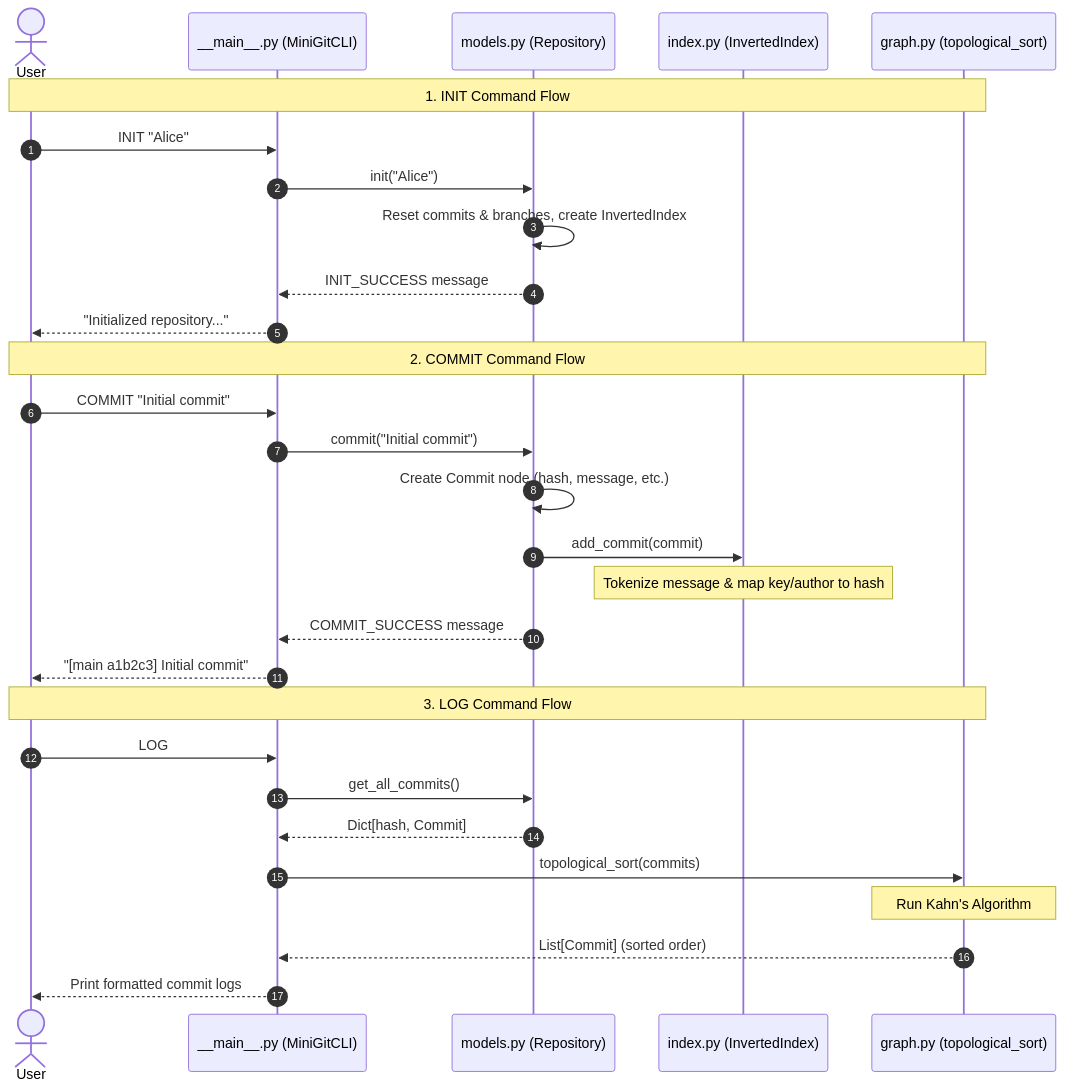
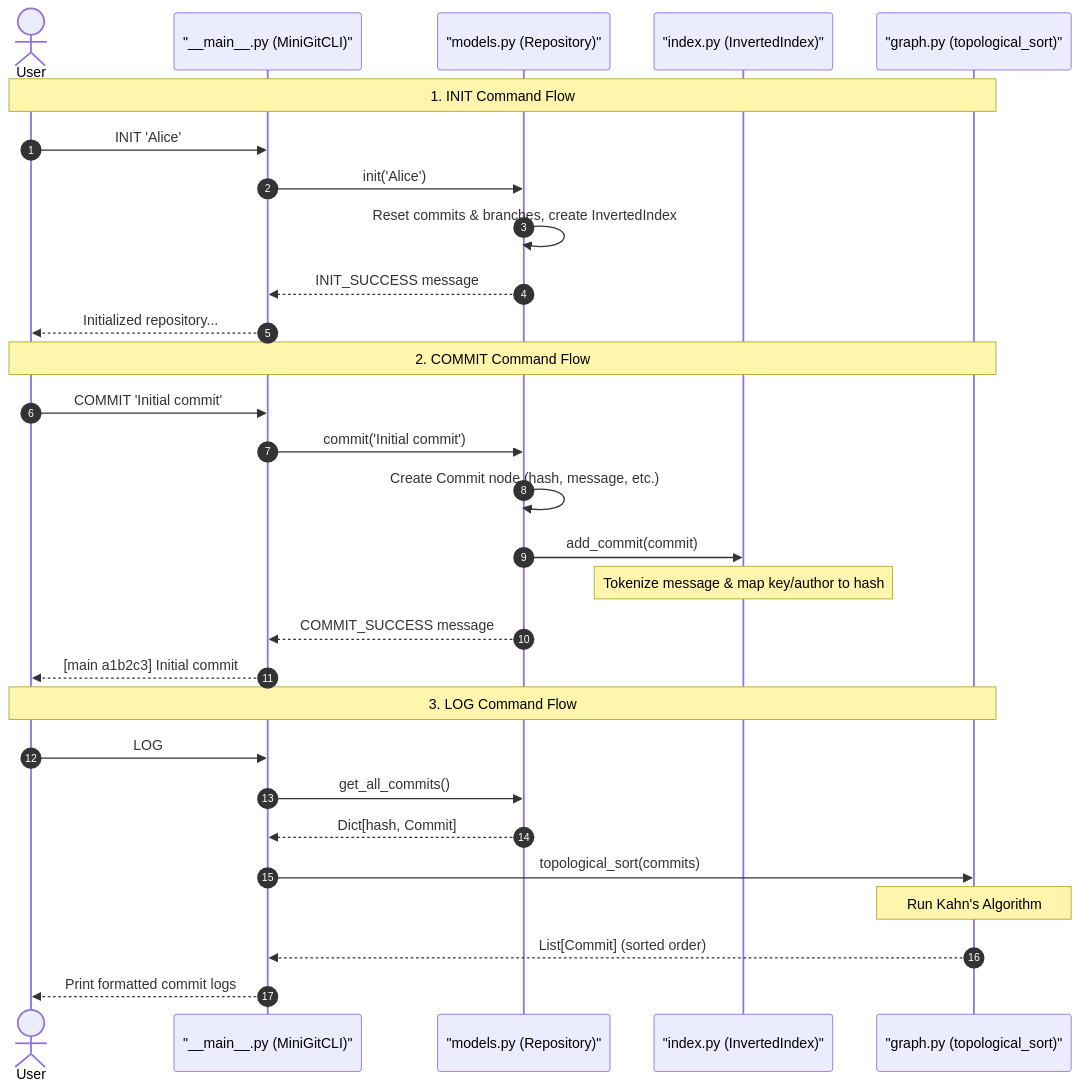
Before and after one commit to feelosophysics/ccodysay: the fourth of 4 diagrams in README.md, drawn with Mermaid. The commit also changed other lines of this file, not shown here.

First line of the commit message:
docs: README.md 내 Mermaid 다이어그램 표기 수정

````diff
--- a/README.md
+++ b/README.md
@@ -208,34 +208,34 @@
 ```mermaid
 sequenceDiagram
     autonumber
     actor User as User
-    participant CLI as __main__.py (MiniGitCLI)
-    participant Repo as models.py (Repository)
-    participant Index as index.py (InvertedIndex)
-    participant Graph as graph.py (topological_sort)
+    participant CLI as "__main__.py (MiniGitCLI)"
+    participant Repo as "models.py (Repository)"
+    participant Index as "index.py (InvertedIndex)"
+    participant Graph as "graph.py (topological_sort)"
 
     Note over User, Graph: 1. INIT Command Flow
-    User->>CLI: INIT "Alice"
-    CLI->>Repo: init("Alice")
+    User->>CLI: INIT 'Alice'
+    CLI->>Repo: init('Alice')
     Repo->>Repo: Reset commits & branches, create InvertedIndex
     Repo-->>CLI: INIT_SUCCESS message
-    CLI-->>User: "Initialized repository..."
+    CLI-->>User: Initialized repository...
 
     Note over User, Graph: 2. COMMIT Command Flow
-    User->>CLI: COMMIT "Initial commit"
-    CLI->>Repo: commit("Initial commit")
+    User->>CLI: COMMIT 'Initial commit'
+    CLI->>Repo: commit('Initial commit')
     Repo->>Repo: Create Commit node (hash, message, etc.)
     Repo->>Index: add_commit(commit)
     Note over Index: Tokenize message & map key/author to hash
     Repo-->>CLI: COMMIT_SUCCESS message
-    CLI-->>User: "[main a1b2c3] Initial commit"
+    CLI-->>User: [main a1b2c3] Initial commit
 
     Note over User, Graph: 3. LOG Command Flow
     User->>CLI: LOG
     CLI->>Repo: get_all_commits()
     Repo-->>CLI: Dict[hash, Commit]
     CLI->>Graph: topological_sort(commits)
     Note over Graph: Run Kahn's Algorithm
     Graph-->>CLI: List[Commit] (sorted order)
     CLI-->>User: Print formatted commit logs
 ```
````
